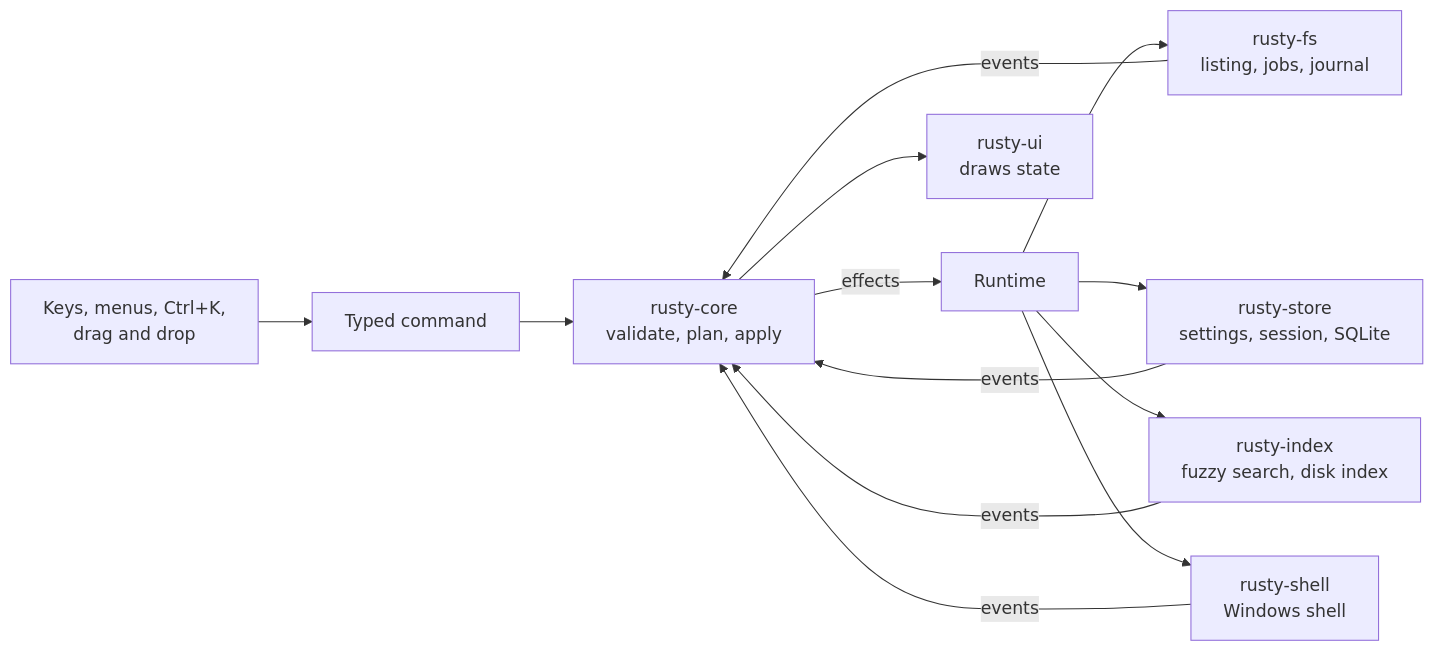
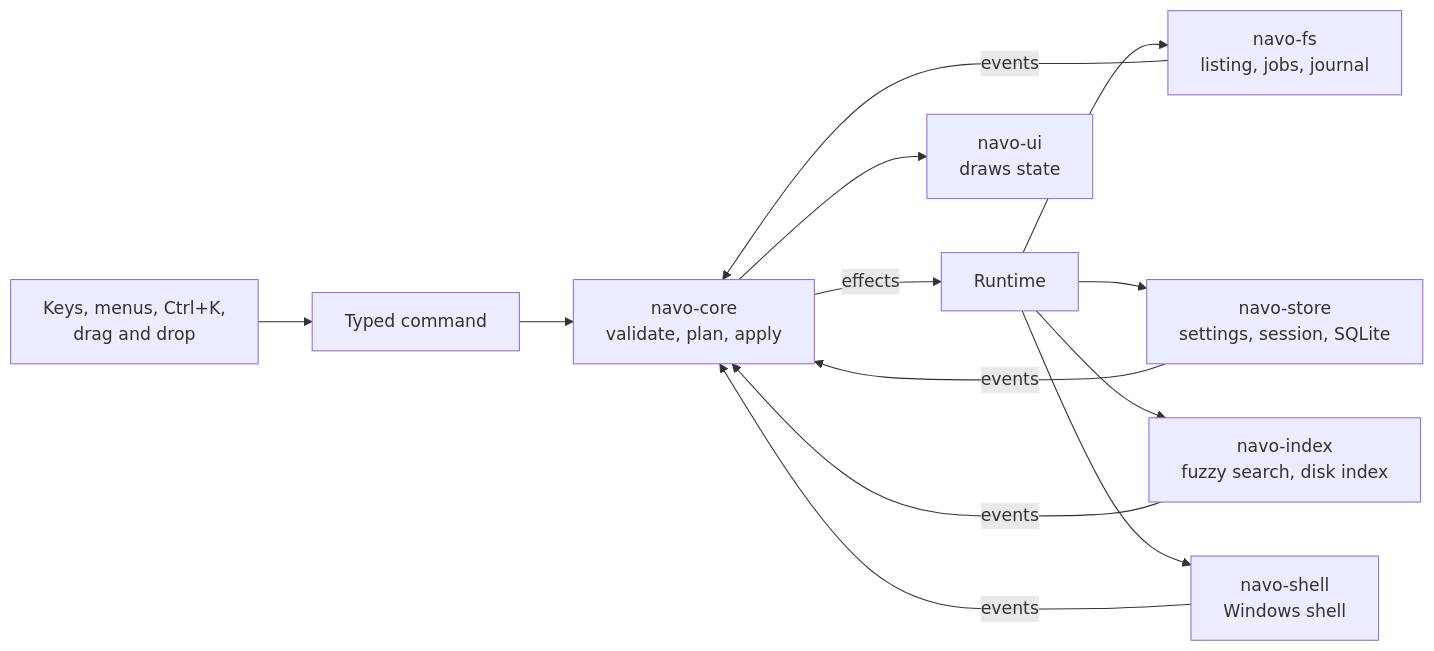
Before and after one commit to trykA123/navo: the diagram in README.md, drawn with Mermaid. The commit also changed other lines of this file and 3912 other files, not shown here.

First line of the commit message:
Rename: the codebase is Navo — crates rusty-* become navo-*, Ferrite and Rusty identifiers, environment variables and docs say Navo; legacy names that find and migrate old installs and every saved format stay as they were

````diff
--- a/README.md
+++ b/README.md
@@ -71,12 +71,12 @@
 ```mermaid
 flowchart LR
     input["Keys, menus, Ctrl+K,<br/>drag and drop"] --> cmd["Typed command"]
-    cmd --> core["rusty-core<br/>validate, plan, apply"]
+    cmd --> core["navo-core<br/>validate, plan, apply"]
     core -->|effects| run["Runtime"]
-    run --> fs["rusty-fs<br/>listing, jobs, journal"]
-    run --> store["rusty-store<br/>settings, session, SQLite"]
-    run --> index["rusty-index<br/>fuzzy search, disk index"]
-    run --> shell["rusty-shell<br/>Windows shell"]
+    run --> fs["navo-fs<br/>listing, jobs, journal"]
+    run --> store["navo-store<br/>settings, session, SQLite"]
+    run --> index["navo-index<br/>fuzzy search, disk index"]
+    run --> shell["navo-shell<br/>Windows shell"]
     fs & store & index & shell -->|events| core
-    core --> ui["rusty-ui<br/>draws state"]
+    core --> ui["navo-ui<br/>draws state"]
 ```
````
